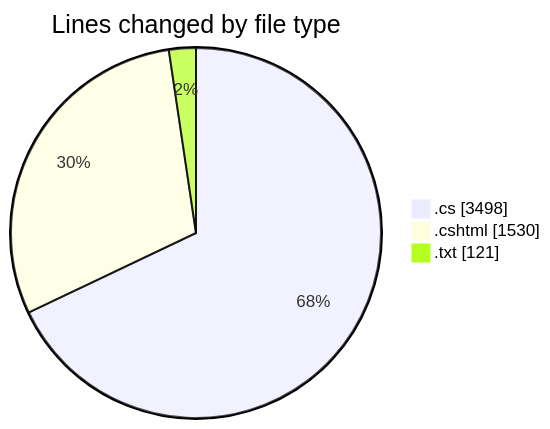
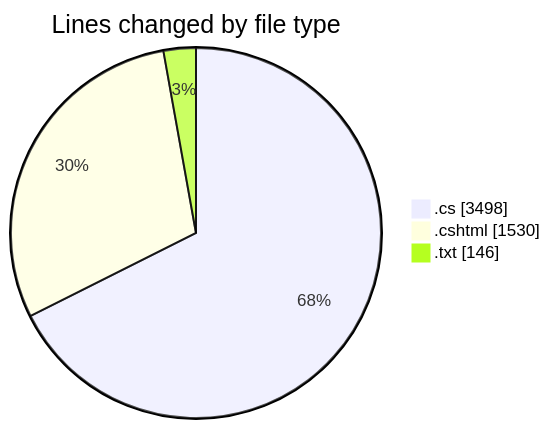
One commit to lephambinh05/code-tracking changed the first of 2 diagrams in 2025-07-28/quanlyrapchieuphim-1/README.md. Above: the diagram before and after it, drawn with Mermaid. The commit also changed other lines of this file and 1 other file, not shown here.

````diff
--- a/2025-07-28/quanlyrapchieuphim-1/README.md
+++ b/2025-07-28/quanlyrapchieuphim-1/README.md
@@ -34,7 +34,7 @@
 ```mermaid
 pie showData
 title Lines changed by file type
 ".cs" : 3498
 ".cshtml" : 1530
-".txt" : 121
+".txt" : 146
 ```
````
